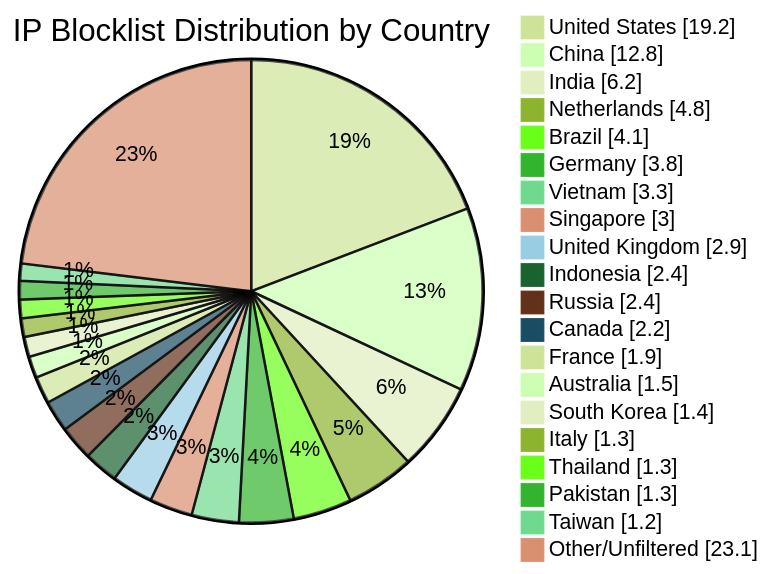
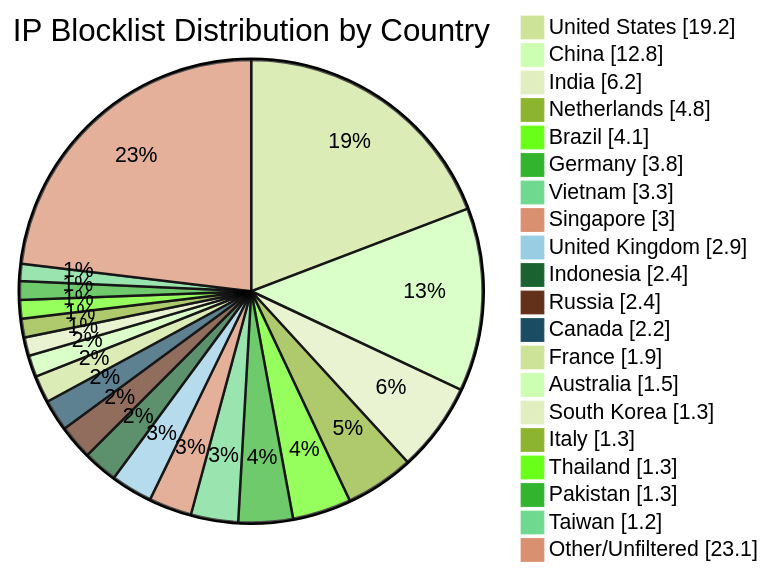
The diagram in README.md (dewdmadbro/ip-blocklist-dewd), drawn with Mermaid (forest theme) before and after one commit. The commit also changed other lines of this file and 53 other files, not shown here.

````diff
--- a/README.md
+++ b/README.md
@@ -34,23 +34,23 @@
 ```mermaid
 pie showData title IP Blocklist Distribution by Country
 "United States" : 19.2
 "China" : 12.8
 "India" : 6.2
 "Netherlands" : 4.8
 "Brazil" : 4.1
 "Germany" : 3.8
 "Vietnam" : 3.3
 "Singapore" : 3.0
 "United Kingdom" : 2.9
 "Indonesia" : 2.4
 "Russia" : 2.4
 "Canada" : 2.2
 "France" : 1.9
 "Australia" : 1.5
-"South Korea" : 1.4
+"South Korea" : 1.3
 "Italy" : 1.3
 "Thailand" : 1.3
 "Pakistan" : 1.3
 "Taiwan" : 1.2
 "Other/Unfiltered" : 23.1
 ```
````
